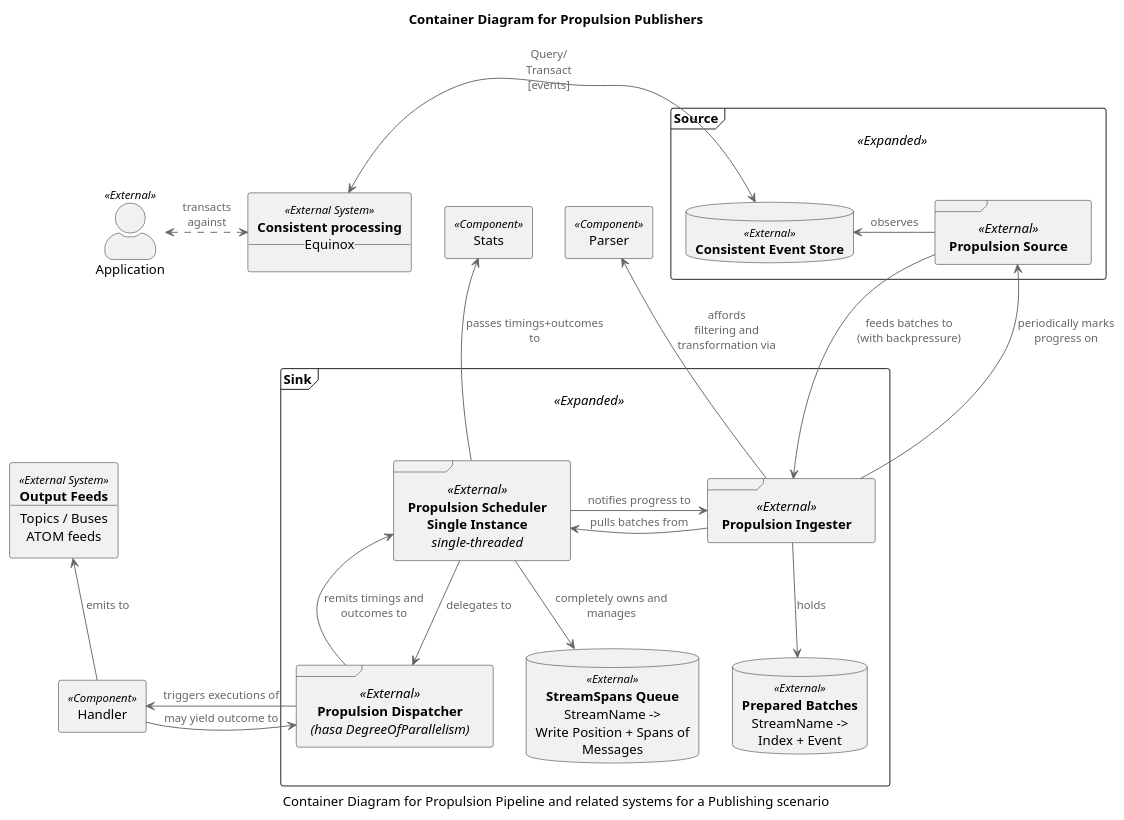
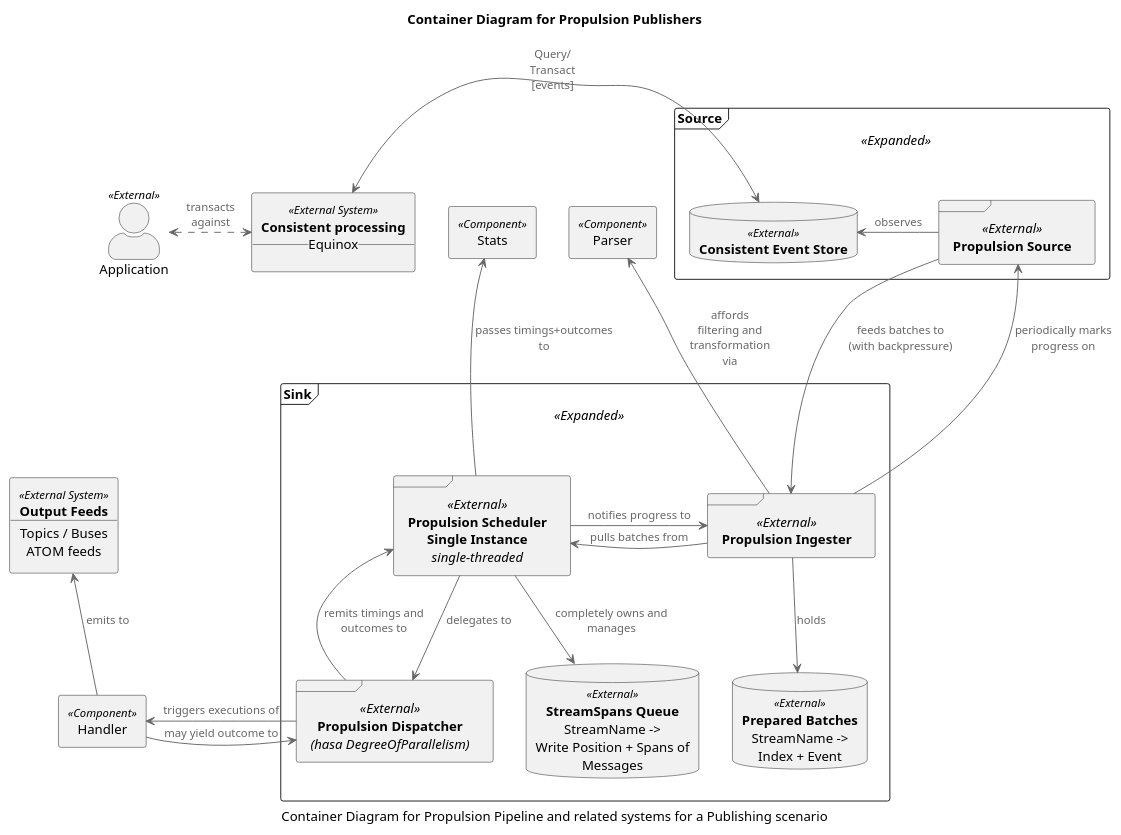
Before and after one commit to jet/propulsion: the diagram in diagrams/PublishersContainer.puml, drawn with PlantUML. The commit also changed 1 other file, not shown here.

```diff
--- a/diagrams/PublishersContainer.puml
+++ b/diagrams/PublishersContainer.puml
@@ -1,100 +1,100 @@
 @startuml
 !includeurl https://raw.githubusercontent.com/skleanthous/C4-PlantumlSkin/master/build/output/c4.puml
 
 title Container Diagram for Propulsion Publishers
 caption Container Diagram for Propulsion Pipeline and related systems for a Publishing scenario
 
 actor "Application" <<External>> as apps
 
 frame Source <<Expanded>> {
     frame source <<External>> [
         **Propulsion Source**
     ]
     database store <<External>> [
         **Consistent Event Store**
     ]
 }
 
 frame Sink <<Expanded>> {
     frame ingester <<External>> [
         **Propulsion Ingester**
     ]
     frame scheduler <<External>> [
         **Propulsion Scheduler**
         **Single Instance**
         //single-threaded//
     ] 
     frame dispatcher <<External>> [
         **Propulsion Dispatcher**
         //(hasa DegreeOfParallelism)//
     ]
     together {
         database batches <<External>> [
             **Prepared Batches**
             StreamName ->
             Index + Event
         ]
         database queue <<External>> [
             **StreamSpans Queue**
             StreamName ->
             Write Position + Spans of Messages 
         ]
     }
 }
 
 rectangle stats <<Component>> [
     Stats
 ]
 rectangle parser <<Component>> [
     Parser
 ]
 rectangle handler <<Component>> [
     Handler
 ]
 rectangle services <<External System>> [
     **Consistent processing**
     __Equinox__
 ]
 rectangle outputs <<External System>> [
     **Output Feeds**
     ____
     Topics / Buses
     ATOM feeds
 ]
 
 store       <-  source     : observes
 source       -> ingester   : feeds batches to\n(with backpressure)
 ingester     -> source     : periodically marks progress on
-ingester     -> parser     : affords\nfiltering and transformation via
+ingester     -> parser     : affords\nfiltering and transformation\nvia
 ingester     -> batches    : holds
 scheduler   <-  ingester   : pulls batches from
 scheduler    -> ingester   : notifies progress to
 scheduler    -> stats      : passes timings+outcomes to
 scheduler    -> dispatcher : delegates to
 scheduler    -> queue      : completely owns and manages
 dispatcher   -> handler    : triggers executions of
 dispatcher  <-  handler    : may yield outcome to
 dispatcher   -> scheduler  : remits timings and outcomes to
 
 handler      -> outputs    : emits to
 
 apps        <.> services   : transacts\nagainst
 services    <-> store      : Query/\nTransact\n[events]
 
 stats       -[hidden]R->   parser
 store       -[hidden]D->   ingester
 store       -[hidden]R->   source
 source      -[hidden]D->   ingester
 ingester    -[hidden]L->   scheduler
 ingester    -[hidden]D->   batches
 ingester    -[hidden]U->   parser
 scheduler   -[hidden]D->   queue
 scheduler   -[hidden]D->   dispatcher
 scheduler   -[hidden]U->   stats
 
 handler     -[hidden]U->   apps
 handler     -[hidden]U->   outputs
 
 apps        -[hidden]D->   outputs
 
 @enduml
```
